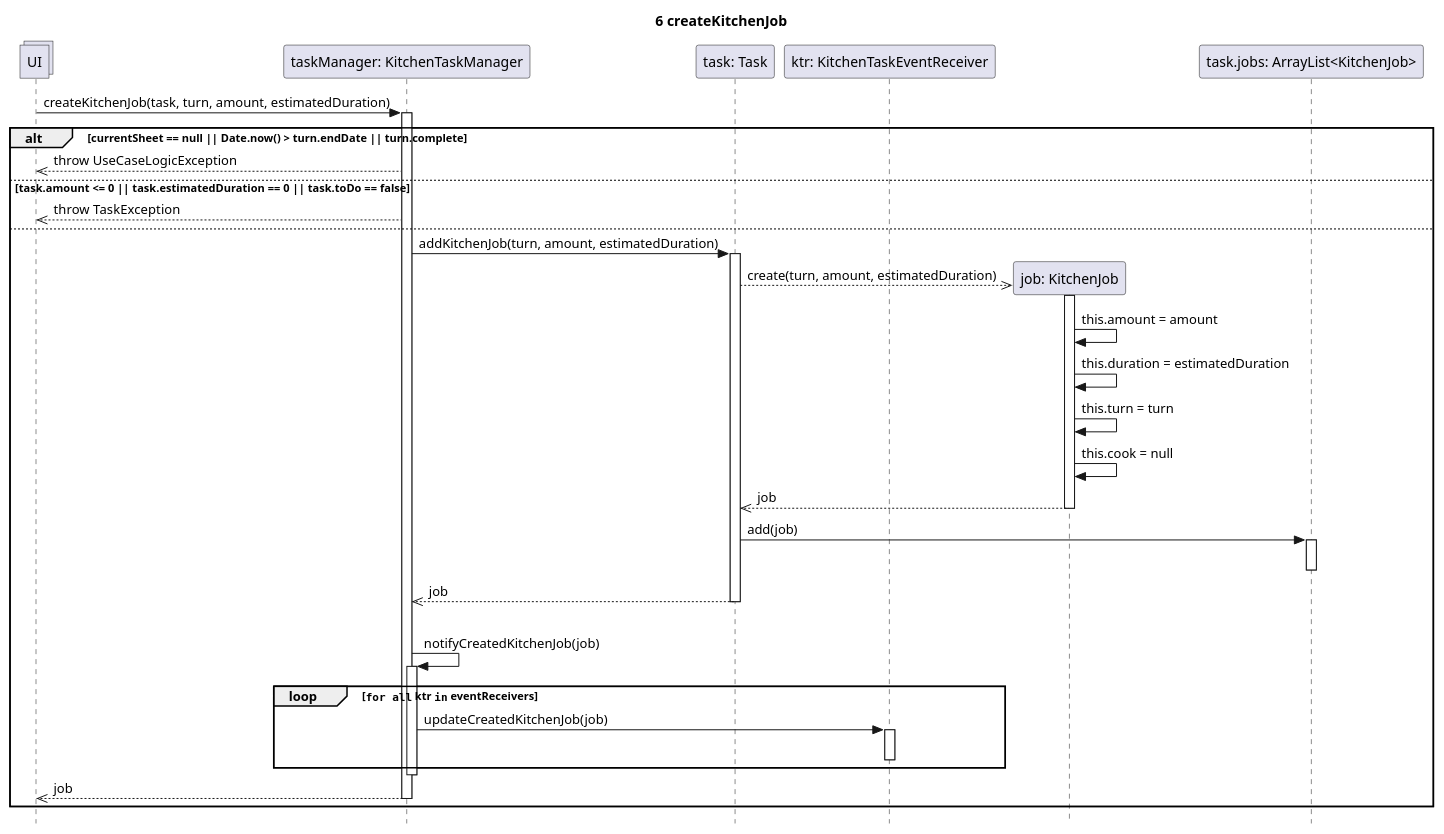
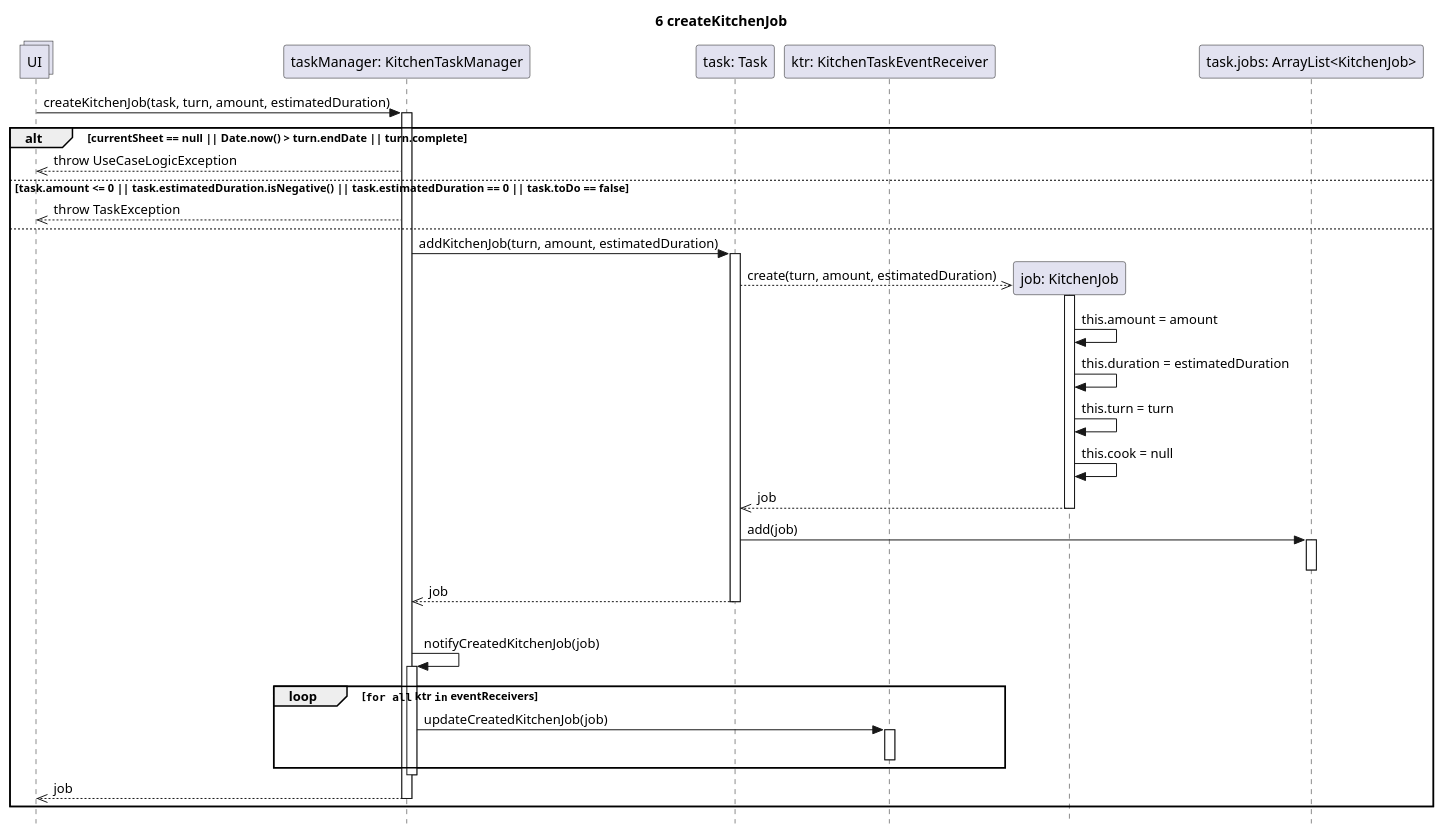
The diagram in UP/Progettazione/UC Gestire Compiti Cucina/DSD/DSD Operazione 6.puml (stefa168/sas-project), drawn with PlantUML before and after one commit. The commit also changed 1 other file, not shown here.

```diff
--- a/UP/Progettazione/UC Gestire Compiti Cucina/DSD/DSD Operazione 6.puml
+++ b/UP/Progettazione/UC Gestire Compiti Cucina/DSD/DSD Operazione 6.puml
@@ -1,57 +1,57 @@
 @startuml Operazione 6
 skinparam Style strictuml
 
 title 6 createKitchenJob
 
 collections UI
 
 participant "taskManager: KitchenTaskManager" as tm
 UI -> tm: createKitchenJob(task, turn, amount, estimatedDuration)
 activate tm
 
 participant "task: Task" as task
 participant "ktr: KitchenTaskEventReceiver" as ktr
 
 alt currentSheet == null || Date.now() > turn.endDate || turn.complete
     UI <<-- tm: throw UseCaseLogicException
-else task.amount <= 0 || task.estimatedDuration == 0 ||  task.toDo == false
+else task.amount <= 0 || task.estimatedDuration.isNegative() || task.estimatedDuration == 0 ||  task.toDo == false
     UI <<-- tm: throw TaskException
 else
 
     tm -> task: addKitchenJob(turn, amount, estimatedDuration)
     activate task
 
     participant "job: KitchenJob" as job
     task -->> job**: create(turn, amount, estimatedDuration)
 
     activate job
         job -> job: this.amount = amount
         job -> job: this.duration = estimatedDuration
         job -> job: this.turn = turn
         job -> job: this.cook = null
     return job
 
     participant "task.jobs: ArrayList<KitchenJob>" as jobs
     task -> jobs: add(job)
     activate jobs
     deactivate jobs
 
     tm <<-- task: job
     deactivate task
 
     |||
     tm -> tm: notifyCreatedKitchenJob(job)
     activate tm
     loop ""for all"" ktr ""in"" eventReceivers
         tm -> ktr : updateCreatedKitchenJob(job)
         activate ktr
         deactivate ktr
     end
     deactivate tm
 
     UI <<-- tm: job
     deactivate tm
     
 end
 
 @enduml
```
